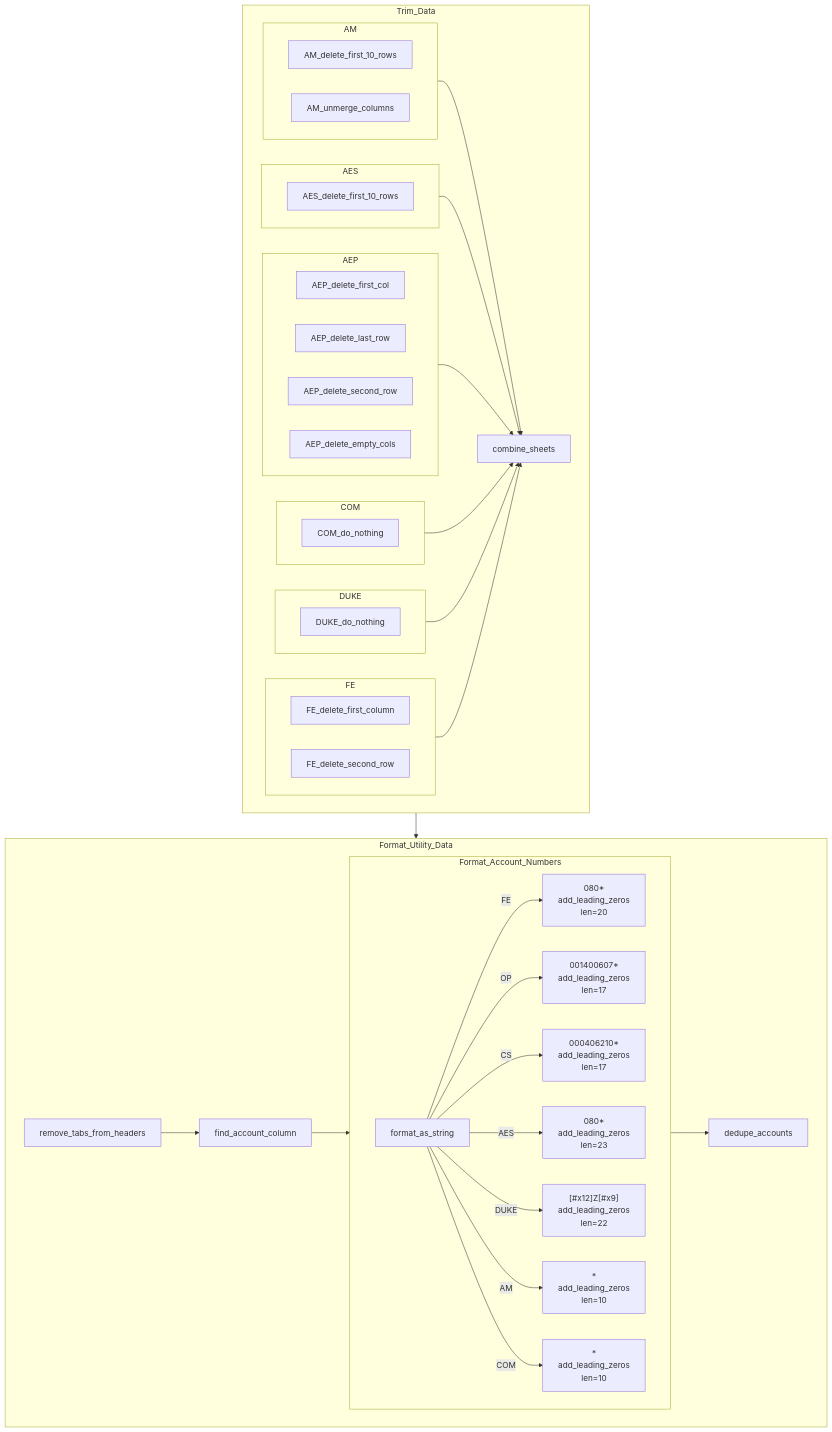
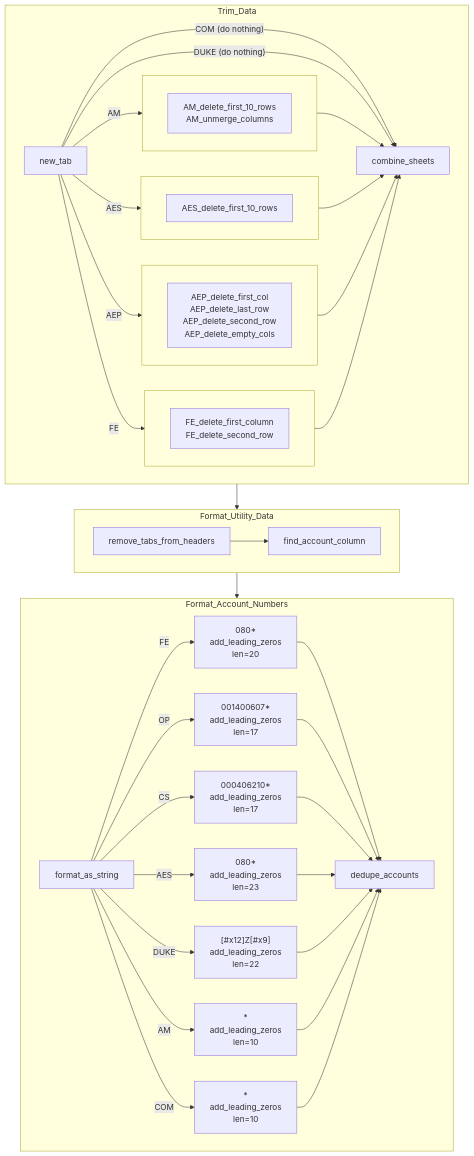
Before and after one commit to vistra-muniagg/List-Management-Tool: the third of 3 diagrams in DIAGRAMS.md, drawn with Mermaid. The commit also changed other lines of this file, not shown here.

Commit message:
Update diagrams and fix formatting issues

````diff
--- a/DIAGRAMS.md
+++ b/DIAGRAMS.md
@@ -72,70 +74,70 @@
 ```mermaid
 
 graph TD
 
     subgraph Trim_Data
     direction LR
-        AM-->combine_sheets
-        AES-->combine_sheets
-        AEP-->combine_sheets
-        COM-->combine_sheets
-        DUKE-->combine_sheets
-        FE-->combine_sheets
+        AM --> combine_sheets
+        AES --> combine_sheets
+        AEP --> combine_sheets
+        %%COM --> combine_sheets
+        %%DUKE --> combine_sheets
+        FE --> combine_sheets
+        %%AM---AEP---AES---COM---DUKE---FE
+        new_tab -->|"AM"| AM
+        new_tab -->|"AEP"| AEP
+        new_tab -->|"AES"| AES
+        new_tab -->|"COM (do nothing)"| combine_sheets
+        new_tab -->|"DUKE (do nothing)"| combine_sheets
+        new_tab -->|"FE"| FE
+
     end
 
-    subgraph AEP
+    subgraph AEP[" "]
     direction LR
-        AEP_delete_first_col
-        AEP_delete_last_row
-        AEP_delete_second_row
-        AEP_delete_empty_cols
+        trim_AEP["AEP_delete_first_col<br>AEP_delete_last_row<br>AEP_delete_second_row<br>AEP_delete_empty_cols"]
     end
 
-    subgraph AES
+    subgraph AES[" "]
     direction LR
-        AES_delete_first_10_rows
+        trim_AES["AES_delete_first_10_rows"]
     end
 
-    subgraph AM
+    subgraph AM[" "]
     direction LR
-        AM_delete_first_10_rows
-        AM_unmerge_columns
+        trim_AM["AM_delete_first_10_rows<br>AM_unmerge_columns"]
     end
 
-    subgraph COM
+    subgraph FE[" "]
     direction LR
-        COM_do_nothing
-    end
-
-    subgraph DUKE
-    direction LR
-        DUKE_do_nothing
-    end
-
-    subgraph FE
-    direction LR
-        FE_delete_first_column
-        FE_delete_second_row
+        trim_FE["FE_delete_first_column<br>FE_delete_second_row"]
     end
 
     subgraph Format_Utility_Data
     direction LR
         remove_tabs_from_headers --> find_account_column
-        Format_Account_Numbers --> dedupe_accounts
     end
 
     subgraph Format_Account_Numbers
     direction LR
         format_as_string -->|"FE"| A["080*<br>add_leading_zeros<br>len=20"]
         format_as_string -->|"OP"| B["001400607*<br>add_leading_zeros<br>len=17"]
         format_as_string -->|"CS"| C["000406210*<br>add_leading_zeros<br>len=17"]
         format_as_string -->|"AES"| D["080*<br>add_leading_zeros<br>len=23"]
         format_as_string -->|"DUKE"| E["[#x12]Z[#x9]<br>add_leading_zeros<br>len=22"]
         format_as_string -->|"AM"| F["*<br>add_leading_zeros<br>len=10"]
         format_as_string -->|"COM"| G["*<br>add_leading_zeros<br>len=10"]
+        %%A---B---C---D---E---F---G
+        A--> dedupe_accounts
+        B--> dedupe_accounts
+        C--> dedupe_accounts
+        D--> dedupe_accounts
+        E--> dedupe_accounts
+        F--> dedupe_accounts
+        G--> dedupe_accounts
     end
 
     Trim_Data --> Format_Utility_Data
     find_account_column --> format_as_string
 
 ```
````
